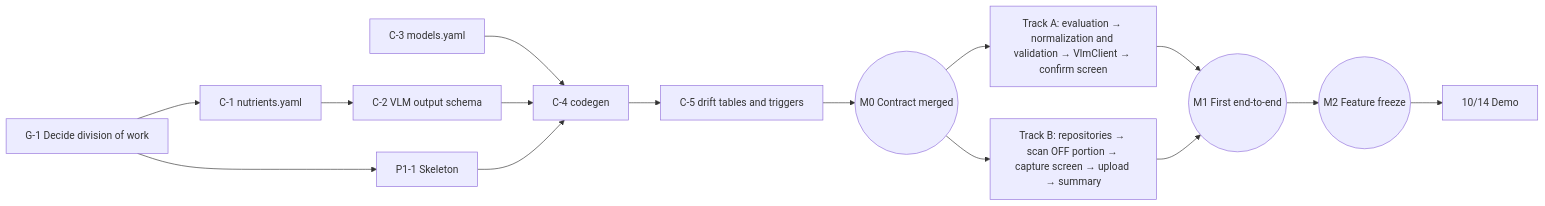
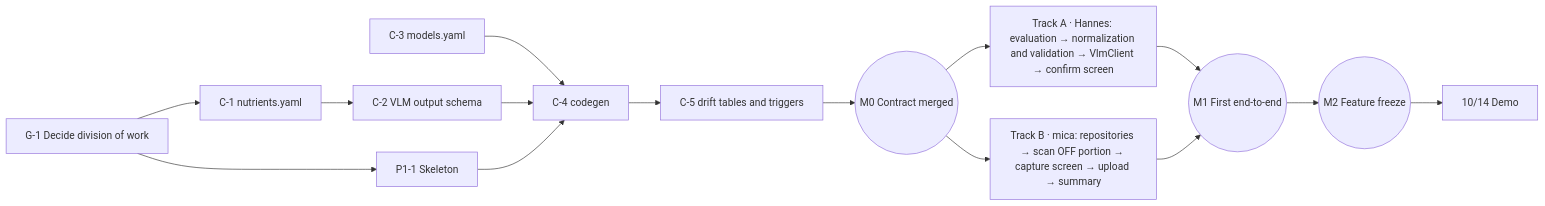
Before and after one commit to EatWell-Studio/NutriScan-MVP: the diagram in docs/DEV_PLAN.en.md, drawn with Mermaid. The commit also changed other lines of this file and 11 other files, not shown here.

````diff
--- a/docs/DEV_PLAN.en.md
+++ b/docs/DEV_PLAN.en.md
@@ -295,17 +302,17 @@
 ```mermaid
 flowchart LR
   G1[G-1 Decide division of work] --> P11[P1-1 Skeleton]
   G1 --> C1[C-1 nutrients.yaml]
   C1 --> C2[C-2 VLM output schema]
   C3[C-3 models.yaml] --> C4
   C2 --> C4[C-4 codegen]
   P11 --> C4
   C4 --> C5[C-5 drift tables and triggers]
   C5 --> M0((M0 Contract merged))
-  M0 --> A[Track A: evaluation → normalization and validation → VlmClient → confirm screen]
-  M0 --> B[Track B: repositories → scan OFF portion → capture screen → upload → summary]
+  M0 --> A[Track A · Hannes: evaluation → normalization and validation → VlmClient → confirm screen]
+  M0 --> B[Track B · mica: repositories → scan OFF portion → capture screen → upload → summary]
   A --> M1((M1 First end-to-end))
   B --> M1
   M1 --> M2((M2 Feature freeze))
   M2 --> D[10/14 Demo]
 ```
````
